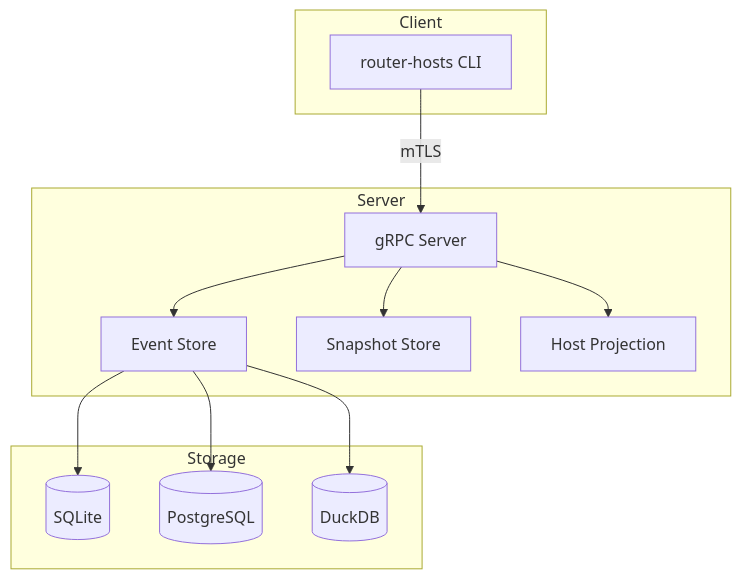
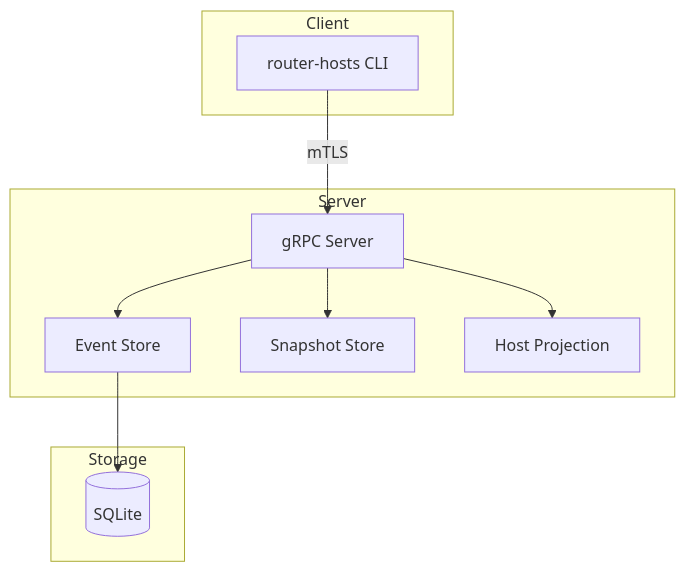
The diagram in docs/contributing/architecture.md (fzymgc-house/router-hosts), drawn with Mermaid before and after one commit. The commit also changed other lines of this file and 12 other files, not shown here.

````diff
--- a/docs/contributing/architecture.md
+++ b/docs/contributing/architecture.md
@@ -12,27 +12,23 @@
 ```mermaid
 flowchart TB
     subgraph Client
         CLI[router-hosts CLI]
     end
 
     subgraph Server
         GRPC[gRPC Server]
         ES[Event Store]
         SNAP[Snapshot Store]
         PROJ[Host Projection]
     end
 
     subgraph Storage
         SQLite[(SQLite)]
-        PG[(PostgreSQL)]
-        Duck[(DuckDB)]
     end
 
     CLI -->|mTLS| GRPC
     GRPC --> ES
     GRPC --> SNAP
     GRPC --> PROJ
     ES --> SQLite
-    ES --> PG
-    ES --> Duck
 ```
````
